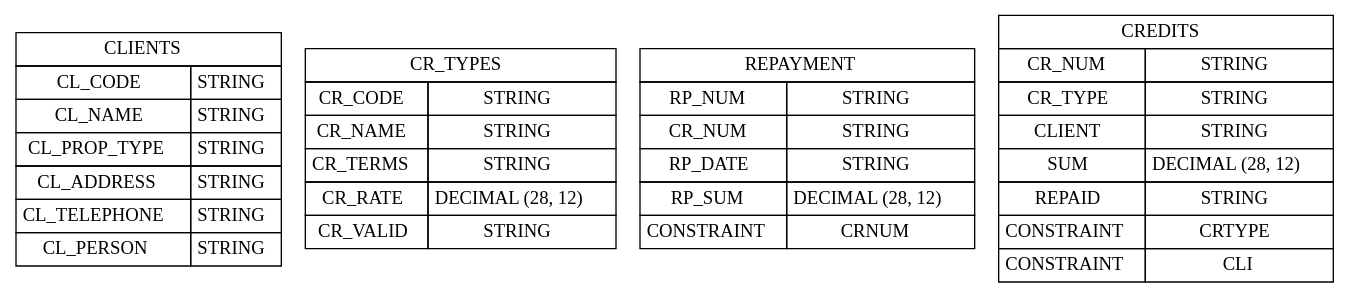
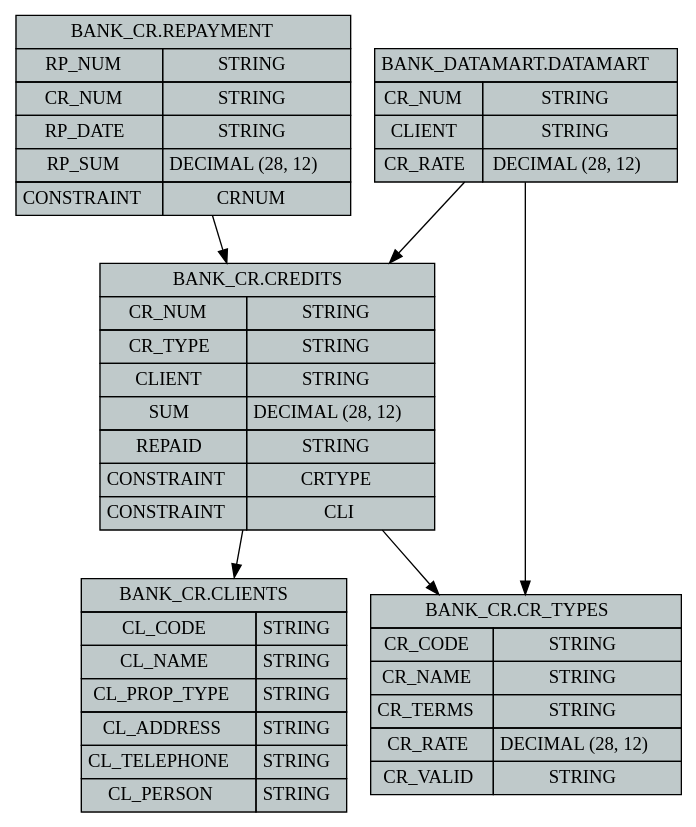
Before and after one commit to dmitriy-pichugin/Diplom: the diagram in dotsource.dot, drawn with Graphviz. The commit also changed 13 other files, not shown here.

```diff
--- a/dotsource.dot
+++ b/dotsource.dot
@@ -1,6 +1,7 @@
 digraph G {
-CLIENTS [shape=none, margin=0, label=<<TABLE BORDER="0" CELLBORDER="1" CELLSPACING="0" CELLPADDING="4"><TR><TD COLSPAN="2">CLIENTS</TD></TR><TR><TD>CL_CODE</TD><TD>STRING</TD></TR><TR><TD>CL_NAME</TD><TD>STRING</TD></TR><TR><TD>CL_PROP_TYPE</TD><TD>STRING</TD></TR><TR><TD>CL_ADDRESS</TD><TD>STRING</TD></TR><TR><TD>CL_TELEPHONE</TD><TD>STRING</TD></TR><TR><TD>CL_PERSON</TD><TD>STRING</TD></TR></TABLE>>];
-CR_TYPES [shape=none, margin=0, label=<<TABLE BORDER="0" CELLBORDER="1" CELLSPACING="0" CELLPADDING="4"><TR><TD COLSPAN="2">CR_TYPES</TD></TR><TR><TD>CR_CODE</TD><TD>STRING</TD></TR><TR><TD>CR_NAME</TD><TD>STRING</TD></TR><TR><TD>CR_TERMS</TD><TD>STRING</TD></TR><TR><TD>CR_RATE</TD><TD>DECIMAL (28, 12)</TD></TR><TR><TD>CR_VALID</TD><TD>STRING</TD></TR></TABLE>>];
-REPAYMENT [shape=none, margin=0, label=<<TABLE BORDER="0" CELLBORDER="1" CELLSPACING="0" CELLPADDING="4"><TR><TD COLSPAN="2">REPAYMENT</TD></TR><TR><TD>RP_NUM</TD><TD>STRING</TD></TR><TR><TD>CR_NUM</TD><TD>STRING</TD></TR><TR><TD>RP_DATE</TD><TD>STRING</TD></TR><TR><TD>RP_SUM</TD><TD>DECIMAL (28, 12)</TD></TR><TR><TD>CONSTRAINT</TD><TD>CRNUM</TD></TR></TABLE>>];
-CREDITS [shape=none, margin=0, label=<<TABLE BORDER="0" CELLBORDER="1" CELLSPACING="0" CELLPADDING="4"><TR><TD COLSPAN="2">CREDITS</TD></TR><TR><TD>CR_NUM</TD><TD>STRING</TD></TR><TR><TD>CR_TYPE</TD><TD>STRING</TD></TR><TR><TD>CLIENT</TD><TD>STRING</TD></TR><TR><TD>SUM</TD><TD>DECIMAL (28, 12)</TD></TR><TR><TD>REPAID</TD><TD>STRING</TD></TR><TR><TD>CONSTRAINT</TD><TD>CRTYPE</TD></TR><TR><TD>CONSTRAINT</TD><TD>CLI</TD></TR></TABLE>>];
-}
+BANK_CRCLIENTS [style=filled, fillcolor="#BFC9CA", shape=none, margin=0, label=<<TABLE BORDER="0" CELLBORDER="1" CELLSPACING="0" CELLPADDING="4"><TR><TD COLSPAN="2">BANK_CR.CLIENTS</TD></TR><TR><TD>CL_CODE</TD><TD>STRING</TD></TR><TR><TD>CL_NAME</TD><TD>STRING</TD></TR><TR><TD>CL_PROP_TYPE</TD><TD>STRING</TD></TR><TR><TD>CL_ADDRESS</TD><TD>STRING</TD></TR><TR><TD>CL_TELEPHONE</TD><TD>STRING</TD></TR><TR><TD>CL_PERSON</TD><TD>STRING</TD></TR></TABLE>>];
+BANK_CRCREDITS [style=filled, fillcolor="#BFC9CA", shape=none, margin=0, label=<<TABLE BORDER="0" CELLBORDER="1" CELLSPACING="0" CELLPADDING="4"><TR><TD COLSPAN="2">BANK_CR.CREDITS</TD></TR><TR><TD>CR_NUM</TD><TD>STRING</TD></TR><TR><TD>CR_TYPE</TD><TD>STRING</TD></TR><TR><TD>CLIENT</TD><TD>STRING</TD></TR><TR><TD>SUM</TD><TD>DECIMAL (28, 12)</TD></TR><TR><TD>REPAID</TD><TD>STRING</TD></TR><TR><TD>CONSTRAINT</TD><TD>CRTYPE</TD></TR><TR><TD>CONSTRAINT</TD><TD>CLI</TD></TR></TABLE>>];
+BANK_CRCR_TYPES [style=filled, fillcolor="#BFC9CA", shape=none, margin=0, label=<<TABLE BORDER="0" CELLBORDER="1" CELLSPACING="0" CELLPADDING="4"><TR><TD COLSPAN="2">BANK_CR.CR_TYPES</TD></TR><TR><TD>CR_CODE</TD><TD>STRING</TD></TR><TR><TD>CR_NAME</TD><TD>STRING</TD></TR><TR><TD>CR_TERMS</TD><TD>STRING</TD></TR><TR><TD>CR_RATE</TD><TD>DECIMAL (28, 12)</TD></TR><TR><TD>CR_VALID</TD><TD>STRING</TD></TR></TABLE>>];
+BANK_CRREPAYMENT [style=filled, fillcolor="#BFC9CA", shape=none, margin=0, label=<<TABLE BORDER="0" CELLBORDER="1" CELLSPACING="0" CELLPADDING="4"><TR><TD COLSPAN="2">BANK_CR.REPAYMENT</TD></TR><TR><TD>RP_NUM</TD><TD>STRING</TD></TR><TR><TD>CR_NUM</TD><TD>STRING</TD></TR><TR><TD>RP_DATE</TD><TD>STRING</TD></TR><TR><TD>RP_SUM</TD><TD>DECIMAL (28, 12)</TD></TR><TR><TD>CONSTRAINT</TD><TD>CRNUM</TD></TR></TABLE>>];
+BANK_DATAMARTDATAMART [style=filled, fillcolor="#BFC9CA", shape=none, margin=0, label=<<TABLE BORDER="0" CELLBORDER="1" CELLSPACING="0" CELLPADDING="4"><TR><TD COLSPAN="2">BANK_DATAMART.DATAMART</TD></TR><TR><TD>CR_NUM</TD><TD>STRING</TD></TR><TR><TD>CLIENT</TD><TD>STRING</TD></TR><TR><TD>CR_RATE</TD><TD>DECIMAL (28, 12)</TD></TR></TABLE>>];
+BANK_CRCREDITS->BANK_CRCR_TYPES;BANK_CRCREDITS->BANK_CRCLIENTS;BANK_CRREPAYMENT->BANK_CRCREDITS;BANK_DATAMARTDATAMART->BANK_CRCR_TYPES;BANK_DATAMARTDATAMART->BANK_CRCREDITS;}
```
